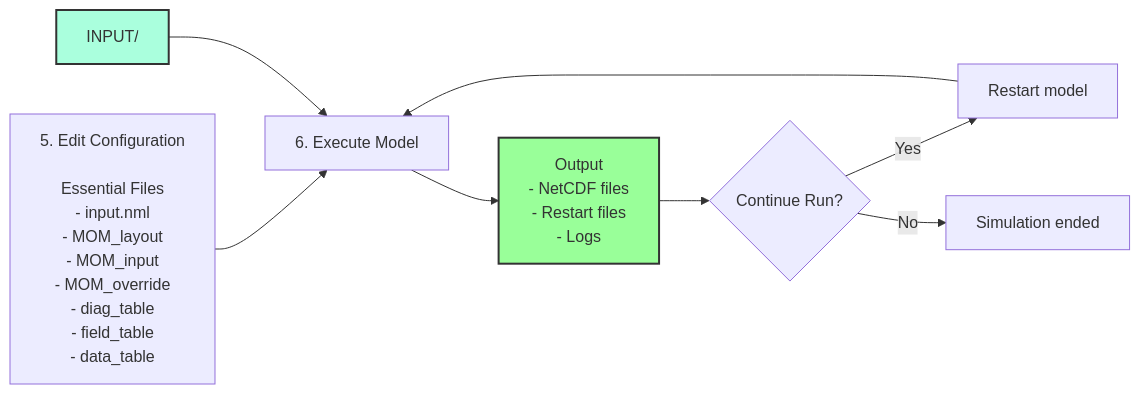
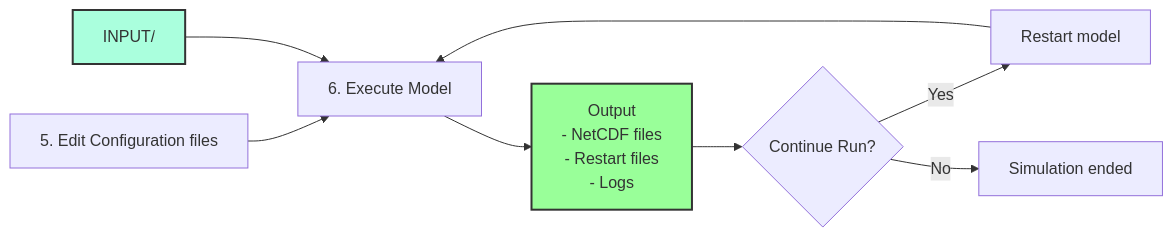
One commit to dksasaki/MOM6_COBALT_NEUS25 changed the second of 2 diagrams in README2.md. Above: the diagram before and after it, drawn with Mermaid.

Commit message:
minor changes

````diff
--- a/README2.md
+++ b/README2.md
@@ -39,17 +39,17 @@
 ```mermaid
 flowchart LR
-    A[5. Edit Configuration <br/> <br/> Essential Files<br/>- input.nml<br/>- MOM_layout<br/>- MOM_input<br/>- MOM_override<br/>- diag_table<br/>- field_table<br/>- data_table] --> D
+    A[5. Edit Configuration files] --> D
     
     B[INPUT/]
     
     B --> D[6. Execute Model]
     D --> E[Output<br/>- NetCDF files<br/>- Restart files<br/>- Logs]
     
     E --> F{Continue Run?}
     F -->|Yes| G[Restart model]
     G --> D
     F -->|No| H[Simulation ended]
     
     style B fill:#afd,stroke:#333,stroke-width:2px
     style E fill:#9f9,stroke:#333,stroke-width:2px
 ```
````
